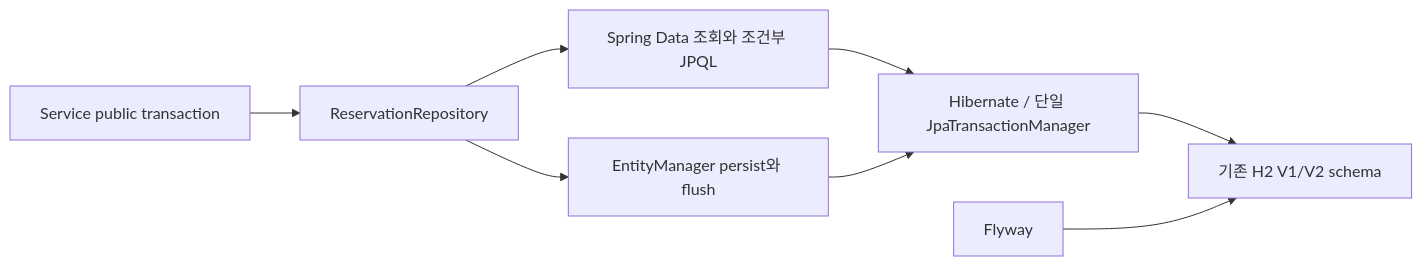
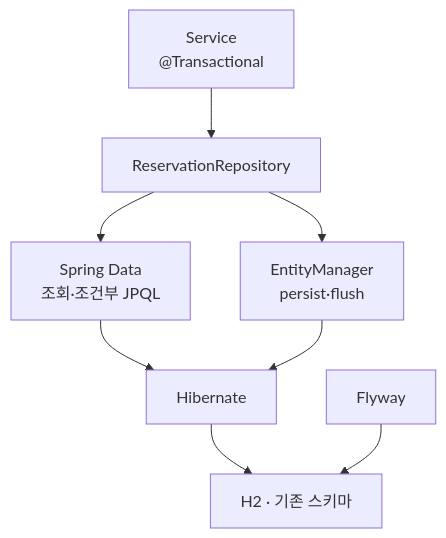
Before and after one commit to Dae-Jeong/backend-template: the first of 2 diagrams in design/implementations/spring-boot.md, drawn with Mermaid. The commit also changed other lines of this file and 4 other files, not shown here.

Commit message:
docs(spring): verify JPA data upgrade and local monitoring

````diff
--- a/design/implementations/spring-boot.md
+++ b/design/implementations/spring-boot.md
@@ -19,10 +22,10 @@
 ```mermaid
-flowchart LR
-    S[Service public transaction] --> R[ReservationRepository]
-    R --> D[Spring Data 조회와 조건부 JPQL]
-    R --> E[EntityManager persist와 flush]
-    D --> H[Hibernate / 단일 JpaTransactionManager]
+flowchart TB
+    S["Service<br>@Transactional"] --> R["ReservationRepository"]
+    R --> D["Spring Data<br>조회·조건부 JPQL"]
+    R --> E["EntityManager<br>persist·flush"]
+    D --> H["Hibernate"]
     E --> H
-    H --> DB[기존 H2 V1/V2 schema]
-    F[Flyway] --> DB
+    H --> DB["H2 · 기존 스키마"]
+    F["Flyway"] --> DB
 ```
````
